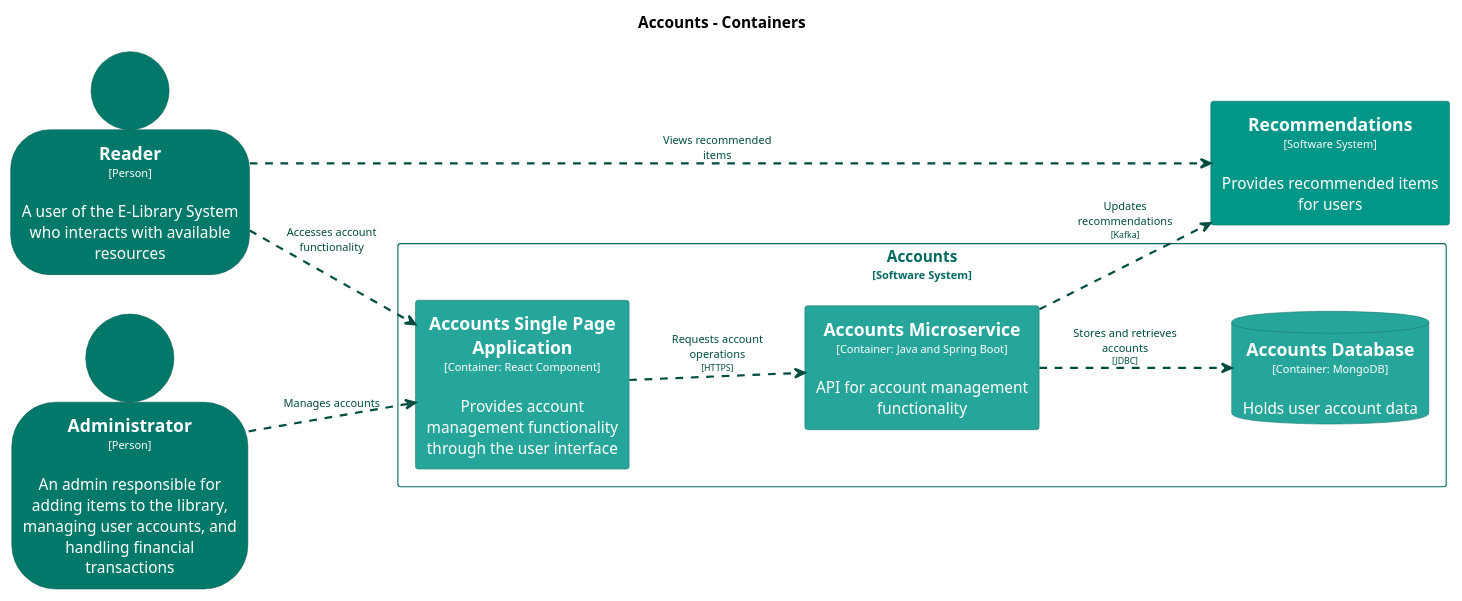
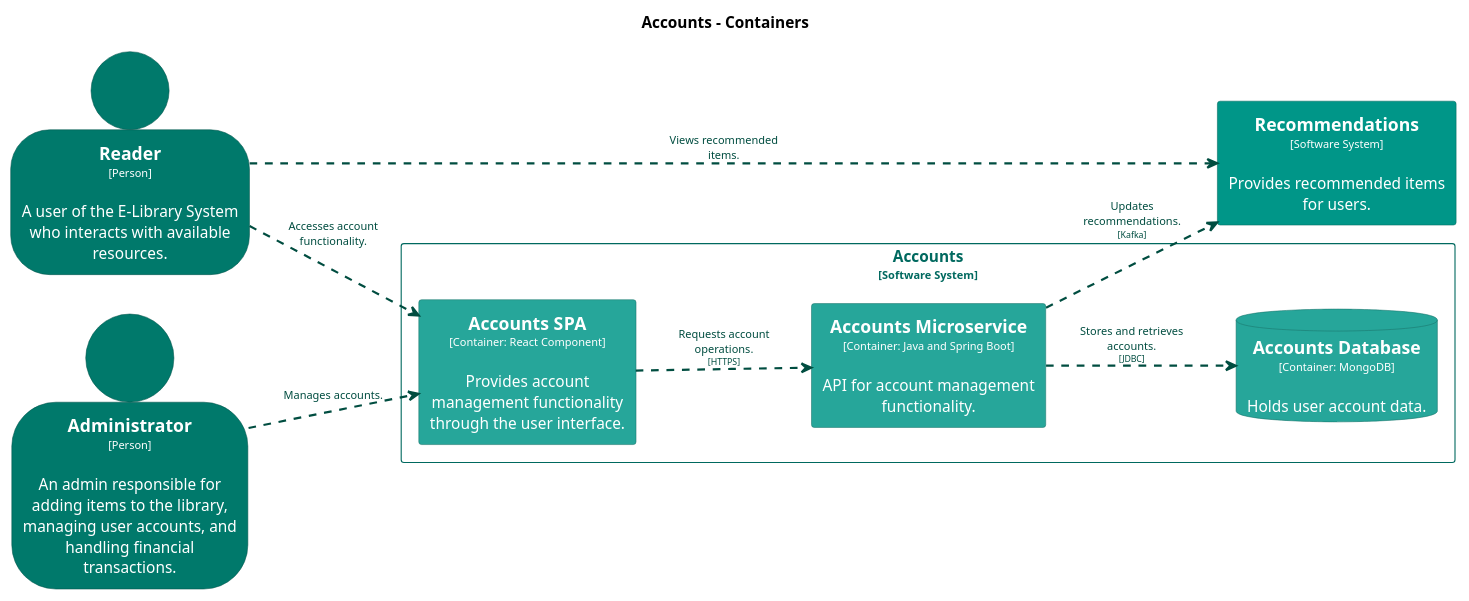
The diagram in main/puml/Container-001.puml (Goodmorning918/E-Library-Architecture), drawn with PlantUML before and after one commit. The commit also changed 147 other files, not shown here.

Commit message:
Deploying to gh-pages from @ Goodmorning918/E-Library-Architecture@44f7933ce3b599391c9f964d6f6a5102fbb01043 🚀

```diff
--- a/main/puml/Container-001.puml
+++ b/main/puml/Container-001.puml
@@ -1,74 +1,74 @@
 @startuml
 set separator none
 title Accounts - Containers
 
 left to right direction
 
 skinparam {
   arrowFontSize 10
   defaultTextAlignment center
   wrapWidth 200
   maxMessageSize 100
 }
 
 hide stereotype
 
 skinparam database<<Accounts.AccountsDatabase>> {
   BackgroundColor #26a69a
   FontColor #ffffff
   BorderColor #1a746b
   shadowing false
 }
 skinparam rectangle<<Accounts.AccountsMicroservice>> {
   BackgroundColor #26a69a
   FontColor #ffffff
   BorderColor #1a746b
   shadowing false
 }
-skinparam rectangle<<Accounts.AccountsSinglePageApplication>> {
+skinparam rectangle<<Accounts.AccountsSPA>> {
   BackgroundColor #26a69a
   FontColor #ffffff
   BorderColor #1a746b
   shadowing false
 }
 skinparam person<<Administrator>> {
   BackgroundColor #00796b
   FontColor #ffffff
   BorderColor #00544a
   shadowing false
 }
 skinparam person<<Reader>> {
   BackgroundColor #00796b
   FontColor #ffffff
   BorderColor #00544a
   shadowing false
 }
 skinparam rectangle<<Recommendations>> {
   BackgroundColor #009688
   FontColor #ffffff
   BorderColor #00695f
   shadowing false
 }
 skinparam rectangle<<Accounts>> {
   BorderColor #00695f
   FontColor #00695f
   shadowing false
 }
 
-person "==Reader\n<size:10>[Person]</size>\n\nA user of the E-Library System who interacts with available resources" <<Reader>> as Reader
-person "==Administrator\n<size:10>[Person]</size>\n\nAn admin responsible for adding items to the library, managing user accounts, and handling financial transactions" <<Administrator>> as Administrator
-rectangle "==Recommendations\n<size:10>[Software System]</size>\n\nProvides recommended items for users" <<Recommendations>> as Recommendations
+person "==Reader\n<size:10>[Person]</size>\n\nA user of the E-Library System who interacts with available resources." <<Reader>> as Reader
+person "==Administrator\n<size:10>[Person]</size>\n\nAn admin responsible for adding items to the library, managing user accounts, and handling financial transactions." <<Administrator>> as Administrator
+rectangle "==Recommendations\n<size:10>[Software System]</size>\n\nProvides recommended items for users." <<Recommendations>> as Recommendations
 
 rectangle "Accounts\n<size:10>[Software System]</size>" <<Accounts>> {
-  rectangle "==Accounts Single Page Application\n<size:10>[Container: React Component]</size>\n\nProvides account management functionality through the user interface" <<Accounts.AccountsSinglePageApplication>> as Accounts.AccountsSinglePageApplication
-  rectangle "==Accounts Microservice\n<size:10>[Container: Java and Spring Boot]</size>\n\nAPI for account management functionality" <<Accounts.AccountsMicroservice>> as Accounts.AccountsMicroservice
-  database "==Accounts Database\n<size:10>[Container: MongoDB]</size>\n\nHolds user account data" <<Accounts.AccountsDatabase>> as Accounts.AccountsDatabase
+  rectangle "==Accounts SPA\n<size:10>[Container: React Component]</size>\n\nProvides account management functionality through the user interface." <<Accounts.AccountsSPA>> as Accounts.AccountsSPA
+  rectangle "==Accounts Microservice\n<size:10>[Container: Java and Spring Boot]</size>\n\nAPI for account management functionality." <<Accounts.AccountsMicroservice>> as Accounts.AccountsMicroservice
+  database "==Accounts Database\n<size:10>[Container: MongoDB]</size>\n\nHolds user account data." <<Accounts.AccountsDatabase>> as Accounts.AccountsDatabase
 }
 
-Reader .[#004d40,thickness=2].> Recommendations : "<color:#004d40>Views recommended items"
-Reader .[#004d40,thickness=2].> Accounts.AccountsSinglePageApplication : "<color:#004d40>Accesses account functionality"
-Administrator .[#004d40,thickness=2].> Accounts.AccountsSinglePageApplication : "<color:#004d40>Manages accounts"
-Accounts.AccountsSinglePageApplication .[#004d40,thickness=2].> Accounts.AccountsMicroservice : "<color:#004d40>Requests account operations\n<color:#004d40><size:8>[HTTPS]</size>"
-Accounts.AccountsMicroservice .[#004d40,thickness=2].> Accounts.AccountsDatabase : "<color:#004d40>Stores and retrieves accounts\n<color:#004d40><size:8>[JDBC]</size>"
-Accounts.AccountsMicroservice .[#004d40,thickness=2].> Recommendations : "<color:#004d40>Updates recommendations\n<color:#004d40><size:8>[Kafka]</size>"
+Reader .[#004d40,thickness=2].> Recommendations : "<color:#004d40>Views recommended items."
+Reader .[#004d40,thickness=2].> Accounts.AccountsSPA : "<color:#004d40>Accesses account functionality."
+Administrator .[#004d40,thickness=2].> Accounts.AccountsSPA : "<color:#004d40>Manages accounts."
+Accounts.AccountsSPA .[#004d40,thickness=2].> Accounts.AccountsMicroservice : "<color:#004d40>Requests account operations.\n<color:#004d40><size:8>[HTTPS]</size>"
+Accounts.AccountsMicroservice .[#004d40,thickness=2].> Accounts.AccountsDatabase : "<color:#004d40>Stores and retrieves accounts.\n<color:#004d40><size:8>[JDBC]</size>"
+Accounts.AccountsMicroservice .[#004d40,thickness=2].> Recommendations : "<color:#004d40>Updates recommendations.\n<color:#004d40><size:8>[Kafka]</size>"
 @enduml
```
